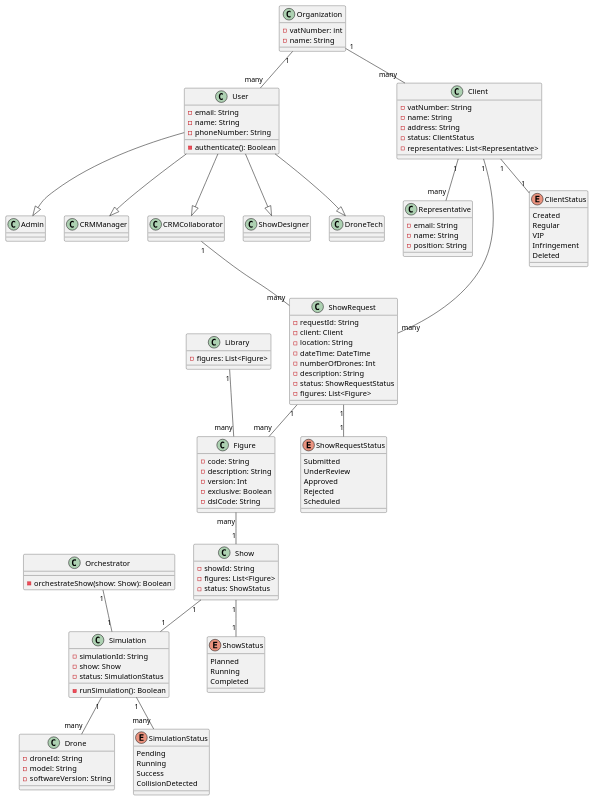
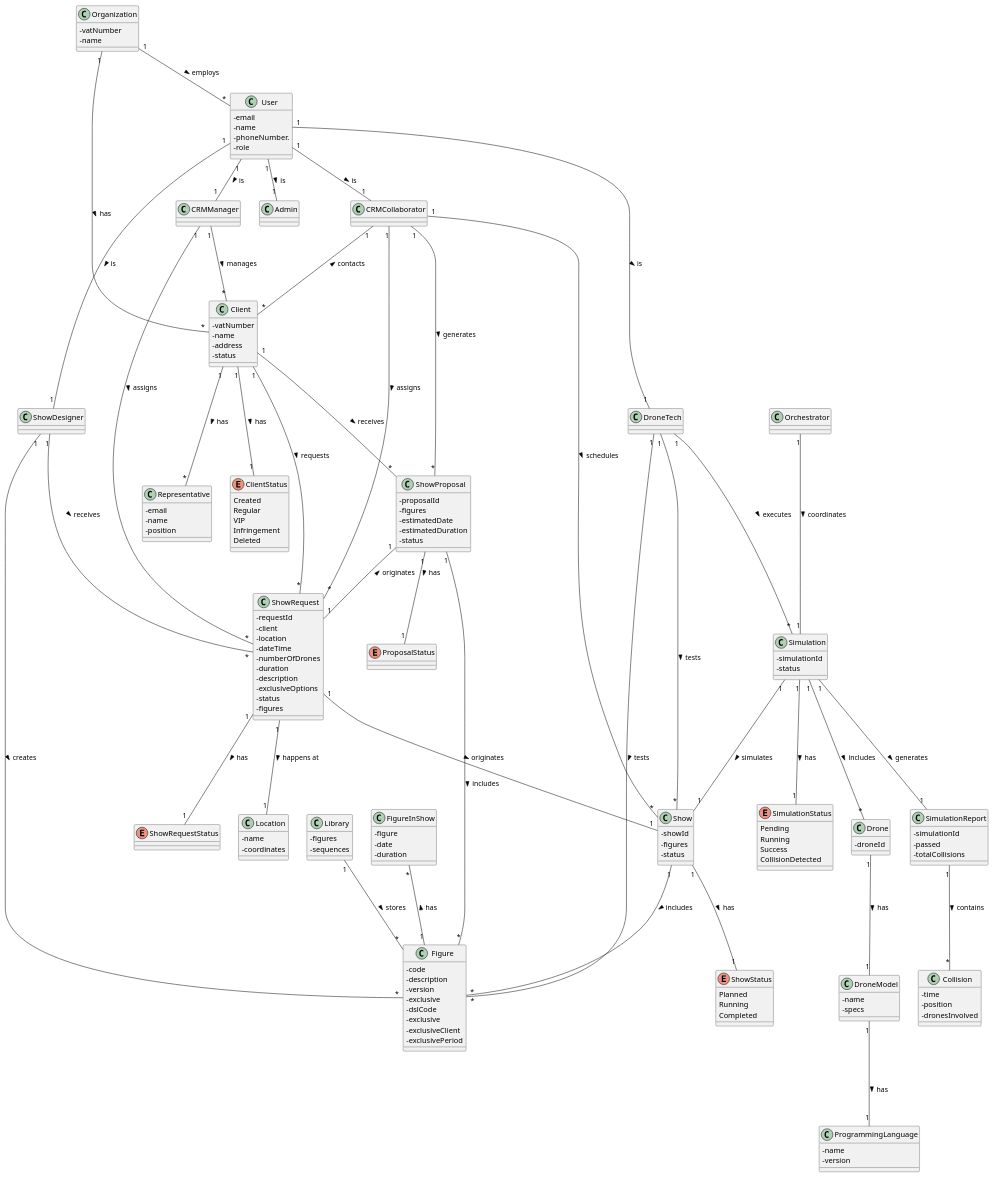
Before and after one commit to LopemigueISEP/LAPR4-G312: the diagram in SEMPI4_2425_G312/docs/Domain Model Andre.puml, drawn with PlantUML.

Commit message:
domain model version 2 andré

```diff
--- a/SEMPI4_2425_G312/docs/Domain Model Andre.puml
+++ b/SEMPI4_2425_G312/docs/Domain Model Andre.puml
@@ -1,111 +1,41 @@
 @startuml
+skinparam classAttributeIconSize 0
+
 ' Define domain entities
 
 class Organization{
-- vatNumber: int
-- name: String
+- vatNumber
+- name
 }
 
 class User {
-  - email: String
-  - name: String
-  - phoneNumber: String
-  - authenticate(): Boolean
-}
-
-class Client {
-  - vatNumber: String
-  - name: String
-  - address: String
-  - status: ClientStatus
-  - representatives: List<Representative>
-}
-
-
-class Representative {
-  - email: String
-  - name: String
-  - position: String
-}
-
-class ShowRequest {
-  - requestId: String
-  - client: Client
-  - location: String
-  - dateTime: DateTime
-  - numberOfDrones: Int
-  - description: String
-  - status: ShowRequestStatus
-  - figures: List<Figure>
-}
-
-class Figure {
-  - code: String
-  - description: String
-  - version: Int
-  - exclusive: Boolean
-  - dslCode: String
-}
-
-class Show {
-  - showId: String
-  - figures: List<Figure>
-  - status: ShowStatus
-}
-
-class Simulation {
-  - simulationId: String
-  - show: Show
-  - status: SimulationStatus
-  - runSimulation(): Boolean
-}
-
-class Drone {
-  - droneId: String
-  - model: String
-  - softwareVersion: String
-}
-
-class Library {
-  - figures: List<Figure>
+  - email
+  - name
+  - phoneNumber.
+  - role
 
 }
 
-class Orchestrator {
-  - orchestrateShow(show: Show): Boolean
-}
-
-' Define relationships
-User --|> Admin
-User --|> CRMManager
-User --|> CRMCollaborator
-User --|> ShowDesigner
-User --|> DroneTech
-
-Organization "1" -- "many" Client
-Organization "1" -- "many" User
-Client "1" -- "many" Representative
-Client "1" -- "many" ShowRequest
-CRMCollaborator "1" -- "many" ShowRequest
-Client "1" -- "1" ClientStatus
-ShowRequest "1" -- "many" Figure
-ShowRequest "1" -- "1" ShowRequestStatus
-Figure "many" -- "1" Show
-Show "1" -- "1" Simulation
-Show "1" -- "1" ShowStatus
-Simulation "1" -- "many" Drone
-Simulation "1" -- "many" SimulationStatus
-Orchestrator "1" -- "1" Simulation
-Library "1" -- "many" Figure
-
-' Define roles
 class Admin
 class CRMManager
 class CRMCollaborator
 class ShowDesigner
 class DroneTech
 
-' Define enumerations
+class Client {
+  - vatNumber
+  - name
+  - address
+  - status
+
+}
+
+class Representative {
+  - email
+  - name
+  - position
+}
+
 enum ClientStatus {
   Created
   Regular
@@ -114,18 +44,96 @@
   Deleted
 }
 
-enum ShowRequestStatus {
-  Submitted
-  UnderReview
-  Approved
-  Rejected
-  Scheduled
+
+class ShowRequest {
+  - requestId
+  - client
+  - location
+  - dateTime
+  - numberOfDrones
+  - duration
+  - description
+  - exclusiveOptions
+  - status
+  - figures
 }
 
+enum ShowRequestStatus {
+
+}
+
+class Figure {
+  - code
+  - description
+  - version
+  - exclusive
+  - dslCode
+  - exclusive
+  - exclusiveClient
+  - exclusivePeriod
+}
+
+class Library {
+  - figures
+  - sequences
+
+}
+
+class FigureInShow {
+  - figure
+  - date
+  - duration
+}
+class Show {
+  - showId
+  - figures
+  - status
+}
+class ShowProposal {
+  - proposalId
+  - figures
+  - estimatedDate
+  - estimatedDuration
+  - status
+}
+enum ProposalStatus {
+
+}
 enum ShowStatus {
   Planned
   Running
   Completed
+}
+
+class Drone {
+  - droneId
+
+}
+
+class DroneModel {
+  - name
+  - specs
+}
+class ProgrammingLanguage {
+  - name
+  - version
+}
+
+class Simulation {
+  - simulationId
+  - status
+
+}
+
+class SimulationReport {
+  - simulationId
+  - passed
+  - totalCollisions
+}
+class Collision {
+  - time
+  - position
+  - dronesInvolved
 }
 
 enum SimulationStatus {
@@ -135,4 +143,75 @@
   CollisionDetected
 }
 
+
+class Orchestrator {
+
+}
+
+
+class Location {
+  - name
+  - coordinates
+}
+
+Organization "1" -- "*" Client: has >
+Organization "1" -- "*" User: employs >
+
+User "1"-- "1" Admin: is >
+User "1"-- "1" CRMManager: is >
+User "1"-- "1" CRMCollaborator: is >
+User "1"-- "1" ShowDesigner: is >
+User "1"-- "1" DroneTech: is >
+
+Client "1" --- "*" Representative : has >
+Client "1" --- "1" ClientStatus : has >
+CRMManager "1" --- "*" Client : manages >
+CRMCollaborator "1" --- "*" Client : contacts <
+
+Client "1" --- "*" ShowRequest : requests >
+CRMCollaborator "1" --- "*" ShowRequest : assigns >
+CRMManager "1" --- "*" ShowRequest : assigns >
+ShowRequest "1" --- "1" ShowRequestStatus : has >
+
+Library "1" --- "*" Figure : stores >
+ShowDesigner "1" --- "*" Figure : creates >
+ShowDesigner "1" --- "*" ShowRequest: receives >
+DroneTech "1" --- "*" Figure : tests >
+
+Show "1" --- "*" Figure : includes >
+ShowRequest "1" --- "1" Show : originates >
+CRMCollaborator "1" --- "*" Show : schedules >
+DroneTech "1" --- "*" Show : tests >
+Show "1" --- "1" ShowStatus : has >
+ShowProposal "1" -- "*" Figure : includes >
+ShowProposal "1" -- "1" ShowRequest : originates <
+ShowProposal "1" -- "1" ProposalStatus : has >
+
+Drone "1" --- "1" DroneModel : has >
+DroneModel "1" --- "1" ProgrammingLanguage : has >
+
+FigureInShow "*" --- "1" Figure : has <
+
+Simulation "1" --- "1" Show : simulates >
+Simulation "1" --- "*" Drone : includes >
+DroneTech "1" --- "*" Simulation : executes >
+Simulation "1" --- "1" SimulationStatus : has >
+
+ShowRequest "1" --- "1" Location : happens at >
+
+Client "1" --- "*" ShowProposal : receives >
+CRMCollaborator "1" --- "*" ShowProposal : generates >
+
+Simulation "1" --- "1" SimulationReport : generates >
+SimulationReport "1" --- "*" Collision : contains >
+
+Orchestrator "1" --- "1" Simulation : coordinates >
+
+
+
+
+
+
+
+
 @enduml
```
